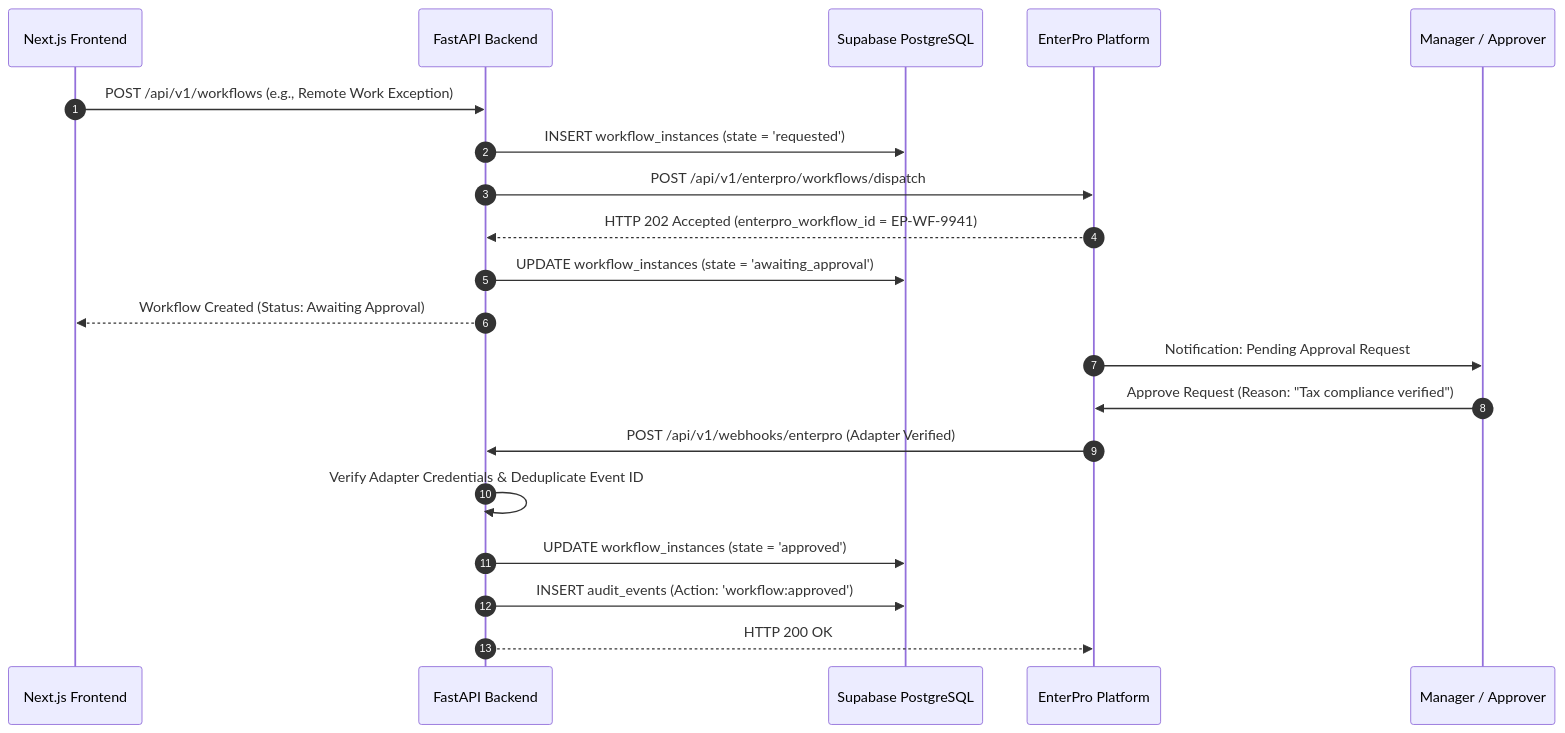
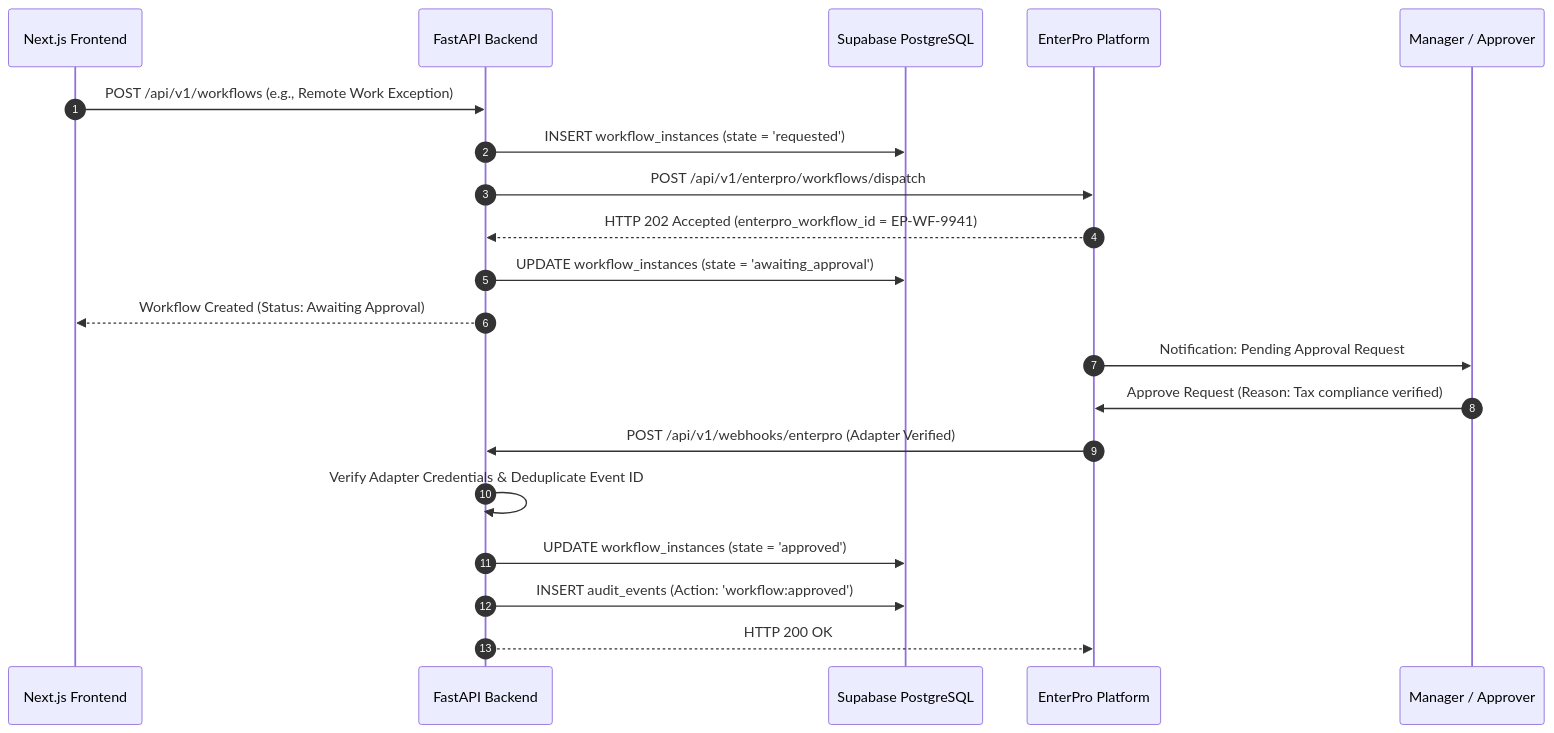
The tenth of 18 diagrams in docs/06-System-Architecture.md (sharancode3/WorkSense), drawn with Mermaid before and after one commit. The commit also changed other lines of this file and 9 other files, not shown here.

Commit message:
fix(docs): resolve Mermaid syntax parse errors across all markdown specifications

````diff
--- a/docs/06-System-Architecture.md
+++ b/docs/06-System-Architecture.md
@@ -632,24 +581,25 @@
 ```mermaid
 sequenceDiagram
     autonumber
     participant UI as Next.js Frontend
     participant FA as FastAPI Backend
     participant DB as Supabase PostgreSQL
     participant EP as EnterPro Platform
     participant MGR as Manager / Approver
 
     UI->>FA: POST /api/v1/workflows (e.g., Remote Work Exception)
     FA->>DB: INSERT workflow_instances (state = 'requested')
     FA->>EP: POST /api/v1/enterpro/workflows/dispatch
     EP-->>FA: HTTP 202 Accepted (enterpro_workflow_id = EP-WF-9941)
     FA->>DB: UPDATE workflow_instances (state = 'awaiting_approval')
     FA-->>UI: Workflow Created (Status: Awaiting Approval)
     
     EP->>MGR: Notification: Pending Approval Request
-    MGR->>EP: Approve Request (Reason: "Tax compliance verified")
+    MGR->>EP: Approve Request (Reason: Tax compliance verified)
     EP->>FA: POST /api/v1/webhooks/enterpro (Adapter Verified)
     FA->>FA: Verify Adapter Credentials & Deduplicate Event ID
     FA->>DB: UPDATE workflow_instances (state = 'approved')
     FA->>DB: INSERT audit_events (Action: 'workflow:approved')
     FA-->>EP: HTTP 200 OK
+
 ```
````
